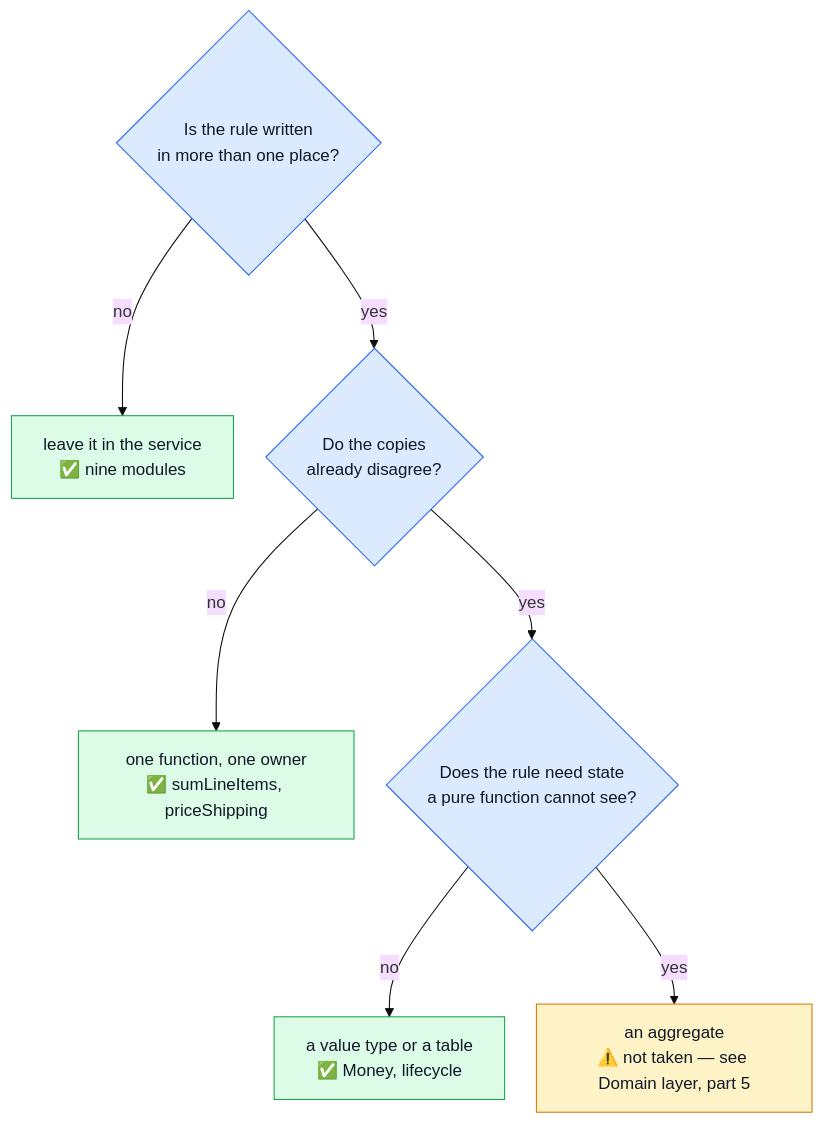
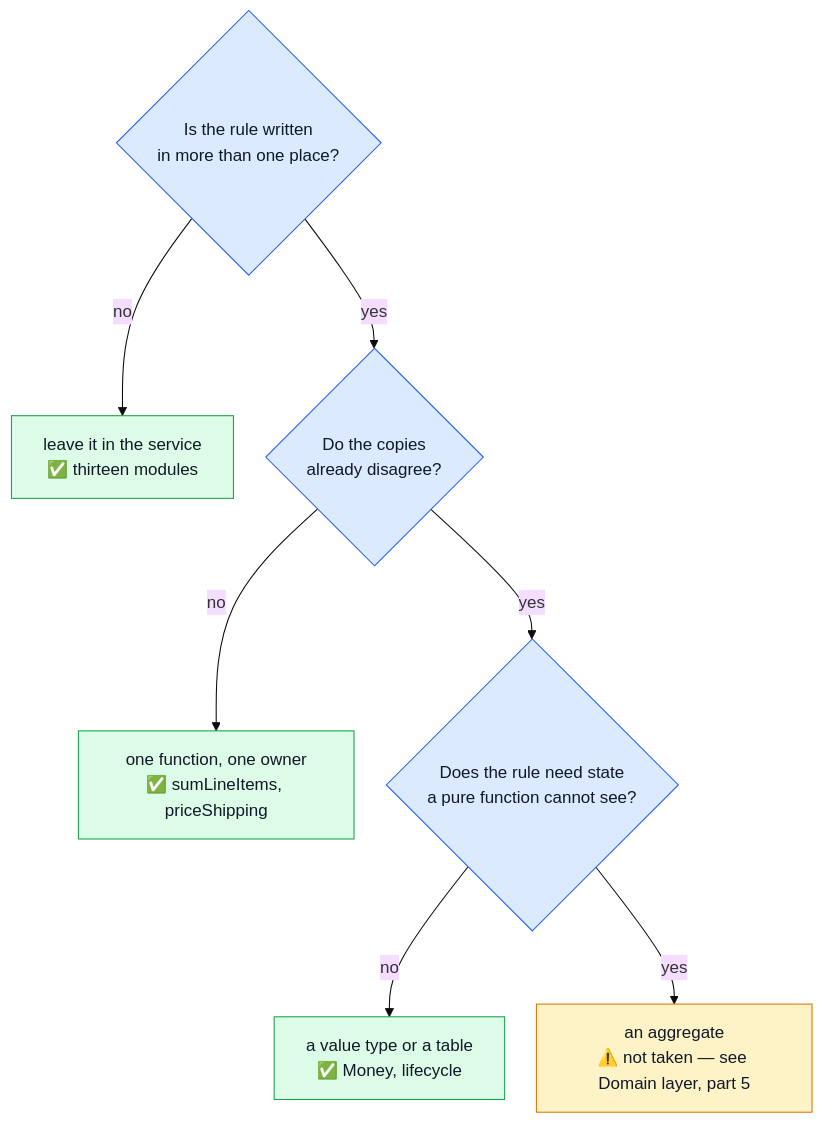
The first of 11 diagrams in docs/theory/tactical-ddd.md (Guebbit/boilerplate-node-backend), drawn with Mermaid (base theme) before and after one commit. The commit also changed other lines of this file and 1 other file, not shown here.

````diff
--- a/docs/theory/tactical-ddd.md
+++ b/docs/theory/tactical-ddd.md
@@ -19,18 +19,18 @@
 ```mermaid
 %%{init: {'flowchart': {'nodeSpacing': 30, 'rankSpacing': 45}}}%%
 flowchart TD
     Q1{"Is the rule written<br/>in more than one place?"}
-    Q1 -->|no| KEEP["leave it in the service<br/>✅ nine modules"]
+    Q1 -->|no| KEEP["leave it in the service<br/>✅ thirteen modules"]
     Q1 -->|yes| Q2{"Do the copies<br/>already disagree?"}
     Q2 -->|no| WATCH["one function, one owner<br/>✅ sumLineItems, priceShipping"]
     Q2 -->|yes| Q3{"Does the rule need state<br/>a pure function cannot see?"}
     Q3 -->|no| TABLE["a value type or a table<br/>✅ Money, lifecycle"]
     Q3 -->|yes| AGG["an aggregate<br/>⚠️ not taken — see Domain layer, part 5"]
 
     classDef ask fill:#dbeafe,stroke:#2563eb,color:#111827;
     classDef cheap fill:#dcfce7,stroke:#16a34a,color:#111827;
     classDef costly fill:#fef3c7,stroke:#d97706,color:#111827;
     class Q1,Q2,Q3 ask;
     class KEEP,WATCH,TABLE cheap;
     class AGG costly;
 ```
````
